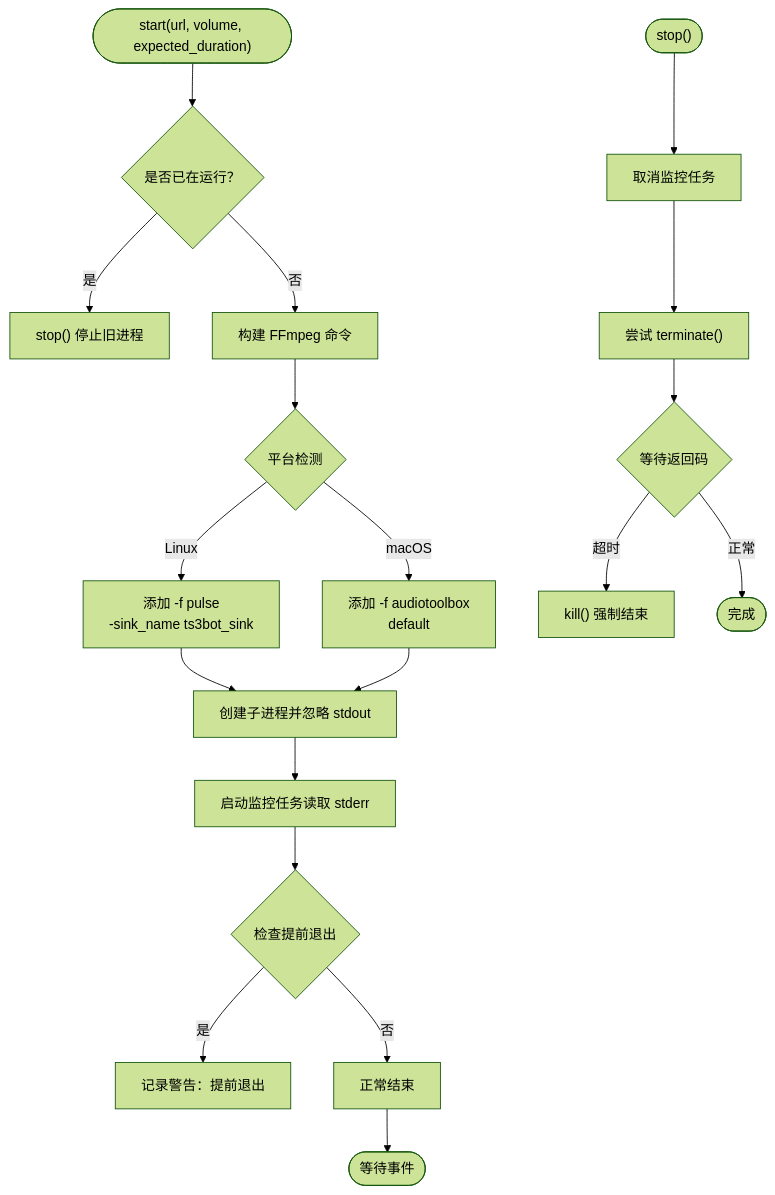
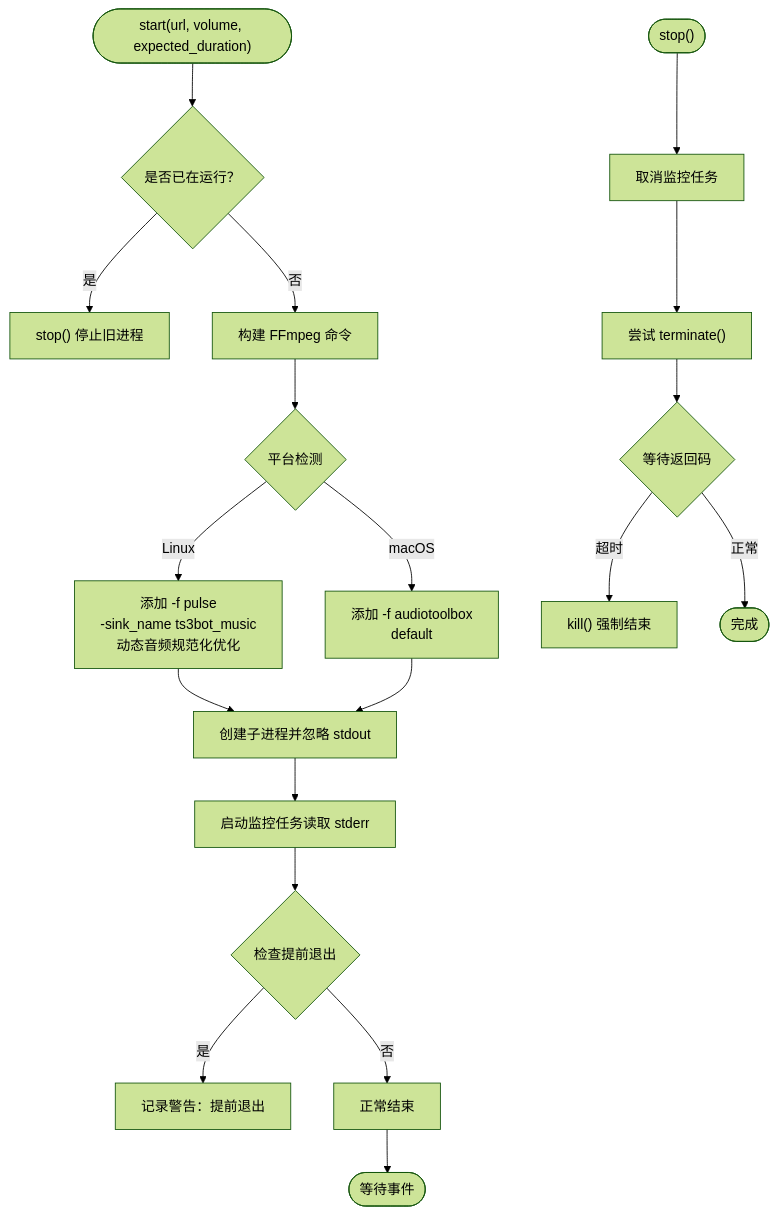
The fourth of 14 diagrams in .qoder/repowiki/zh/content/音乐播放系统/音频控制器.md (GhoulOwl/Teamspeak3_Bot), drawn with Mermaid (forest theme) before and after one commit. The commit also changed other lines of this file and 13 other files, not shown here.

````diff
--- a/.qoder/repowiki/zh/content/音乐播放系统/音频控制器.md
+++ b/.qoder/repowiki/zh/content/音乐播放系统/音频控制器.md
@@ -233,21 +222,21 @@
 ```mermaid
 flowchart TD
 Start(["start(url, volume, expected_duration)"]) --> CheckRunning{"是否已在运行？"}
 CheckRunning --> |是| StopPrev["stop() 停止旧进程"]
 CheckRunning --> |否| BuildCmd["构建 FFmpeg 命令"]
 BuildCmd --> Platform{"平台检测"}
-Platform --> |Linux| LinuxCmd["添加 -f pulse<br/>-sink_name ts3bot_sink"]
+Platform --> |Linux| LinuxCmd["添加 -f pulse<br/>-sink_name ts3bot_music<br/>动态音频规范化优化"]
 Platform --> |macOS| MacCmd["添加 -f audiotoolbox<br/>default"]
 LinuxCmd --> Spawn["创建子进程并忽略 stdout"]
 MacCmd --> Spawn
 Spawn --> Monitor["启动监控任务读取 stderr"]
 Monitor --> CheckPremature{"检查提前退出"}
 CheckPremature --> |是| LogWarning["记录警告：提前退出"]
 CheckPremature --> |否| NormalEnd["正常结束"]
 NormalEnd --> End(["等待事件"])
 Stop(["stop()"]) --> CancelTask["取消监控任务"]
 CancelTask --> Terminate["尝试 terminate()"]
 Terminate --> Wait{"等待返回码"}
 Wait --> |超时| Kill["kill() 强制结束"]
 Wait --> |正常| Done(["完成"])
 ```
````
